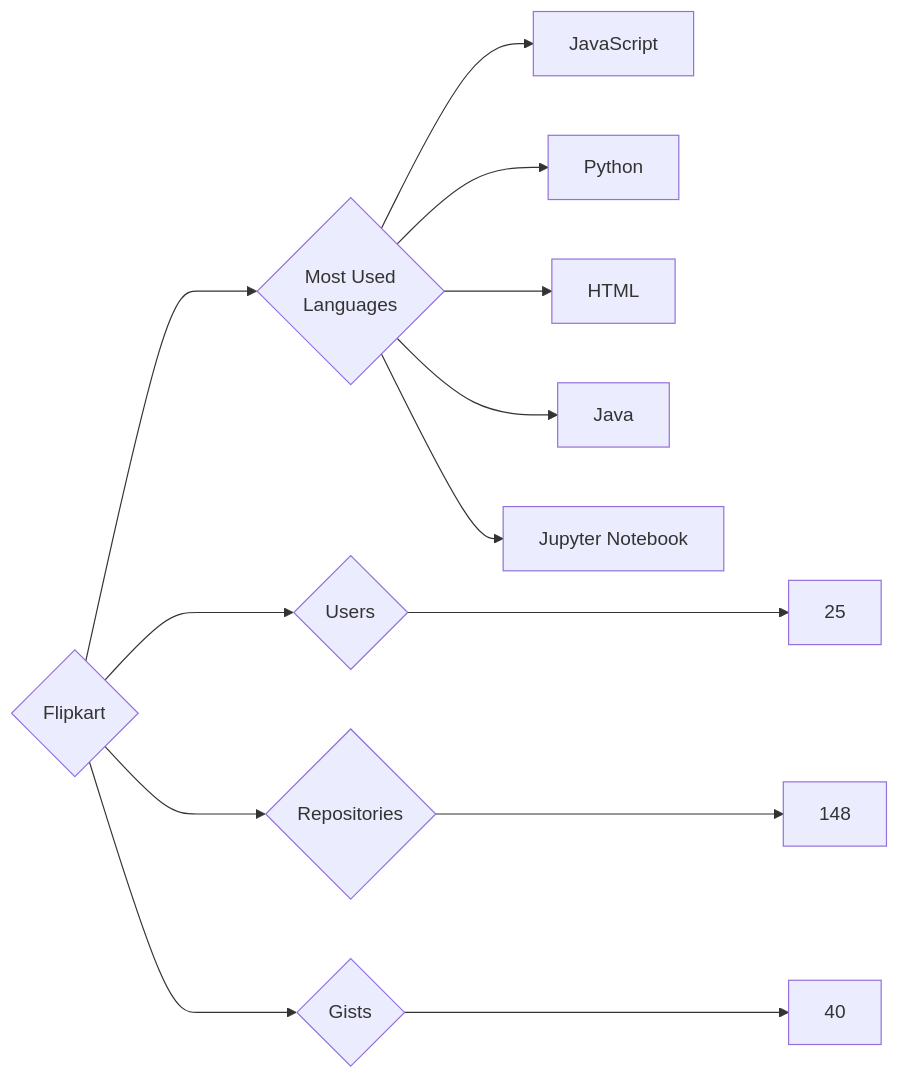
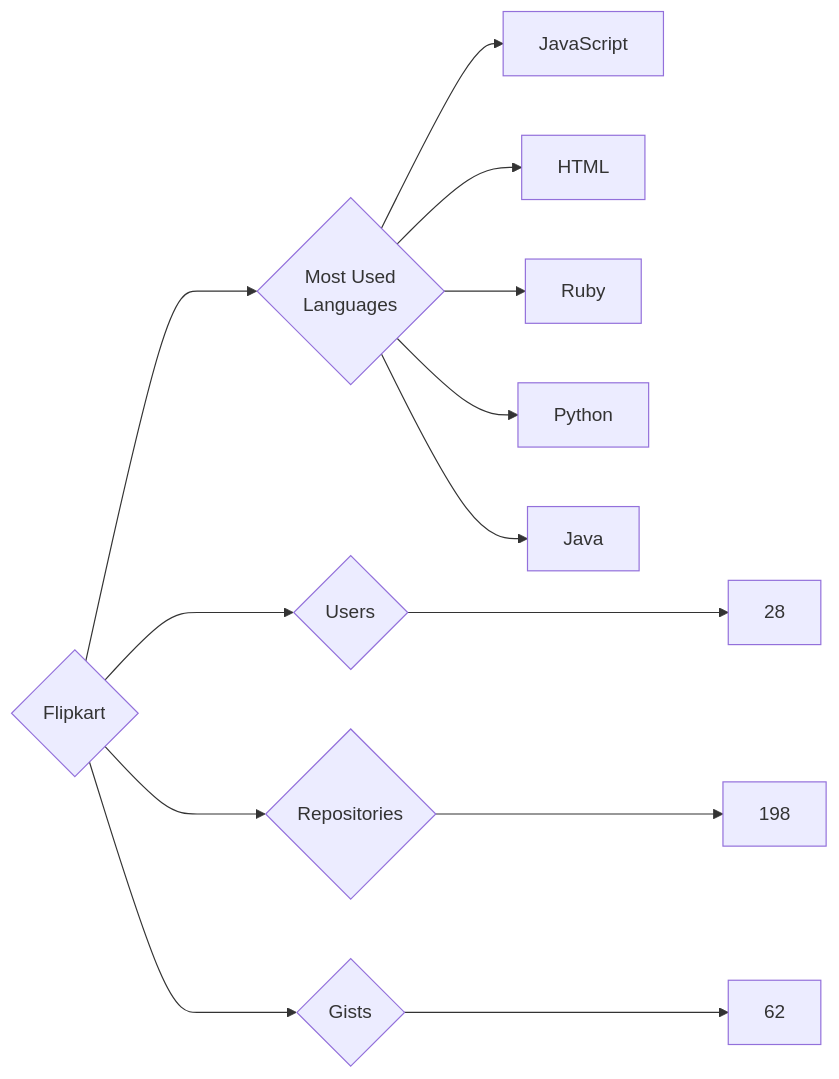
One commit to trickest/insiders changed the diagram in targets/Flipkart/README.md. Above: the diagram before and after it, drawn with Mermaid. The commit also changed 721 other files, not shown here.

````diff
--- a/targets/Flipkart/README.md
+++ b/targets/Flipkart/README.md
@@ -3,13 +3,13 @@
 ```mermaid
 graph LR
 COMPANY_NAME{Flipkart}
-COMPANY_NAME ---> U{Users} ---> UN[25]
-COMPANY_NAME ---> R{Repositories} ---> RN[148]
-COMPANY_NAME ---> G{Gists} ---> GN[40]
+COMPANY_NAME ---> U{Users} ---> UN[28]
+COMPANY_NAME ---> R{Repositories} ---> RN[198]
+COMPANY_NAME ---> G{Gists} ---> GN[62]
 COMPANY_NAME ---> ML{Most Used<br>Languages}
 ML --> JavaScript[JavaScript]
+ML --> HTML[HTML]
+ML --> Ruby[Ruby]
 ML --> Python[Python]
-ML --> HTML[HTML]
 ML --> Java[Java]
-ML --> Jupyter_Notebook[Jupyter Notebook]
 ```
````
